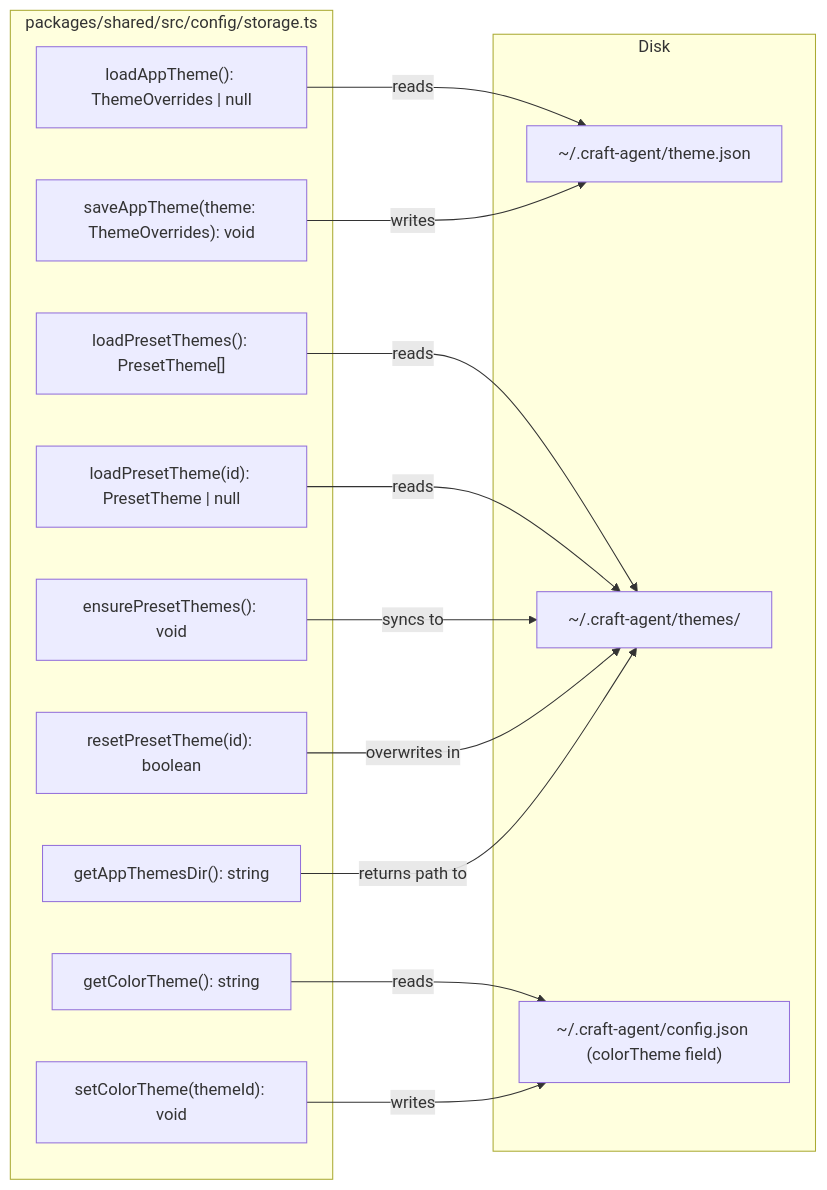
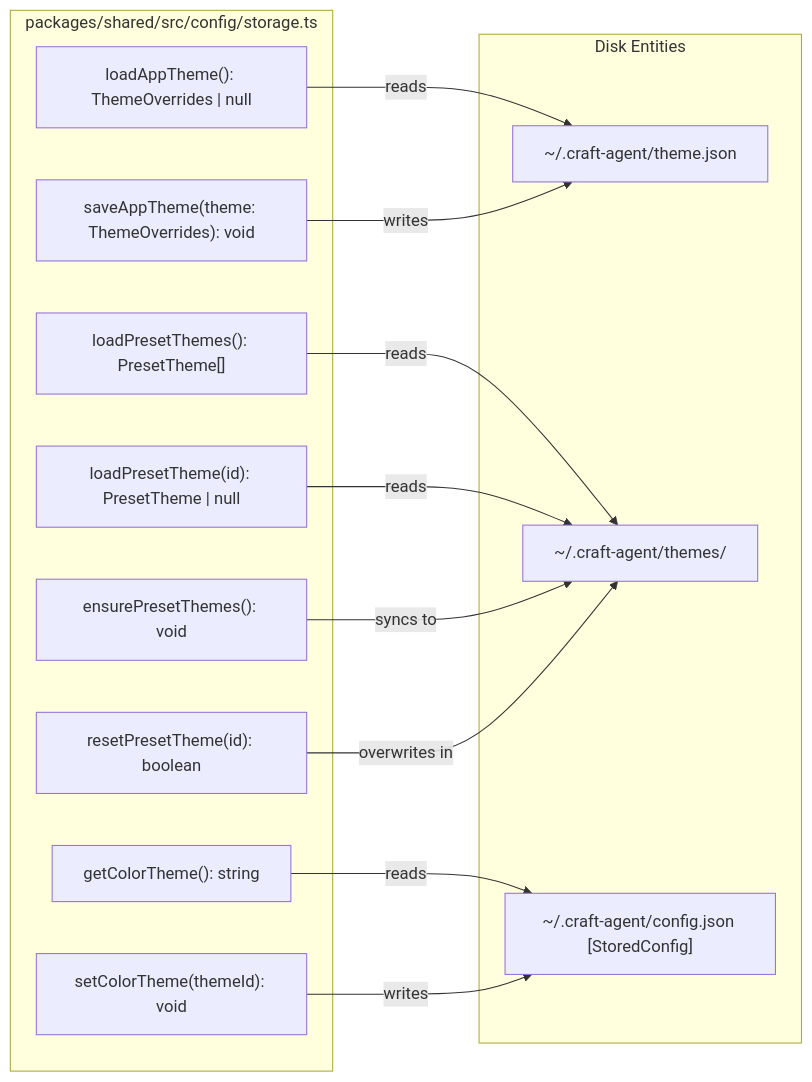
The third of 3 diagrams in docs/lukilabs_craft-agents-oss/core-concepts/theme-system.md (blackcater/zentree), drawn with Mermaid before and after one commit. The commit also changed other lines of this file and 232 other files, not shown here.

````diff
--- a/docs/lukilabs_craft-agents-oss/core-concepts/theme-system.md
+++ b/docs/lukilabs_craft-agents-oss/core-concepts/theme-system.md
@@ -152,30 +146,28 @@
 ```mermaid
 graph LR
     subgraph "packages/shared/src/config/storage.ts"
         loadAppTheme["loadAppTheme(): ThemeOverrides | null"]
         saveAppTheme["saveAppTheme(theme: ThemeOverrides): void"]
         loadPresetThemes["loadPresetThemes(): PresetTheme[]"]
         loadPresetTheme["loadPresetTheme(id): PresetTheme | null"]
         ensurePresetThemes["ensurePresetThemes(): void"]
         resetPresetTheme["resetPresetTheme(id): boolean"]
         getColorTheme["getColorTheme(): string"]
         setColorTheme["setColorTheme(themeId): void"]
-        getAppThemesDir["getAppThemesDir(): string"]
     end
 
-    subgraph "Disk"
+    subgraph "Disk Entities"
         APP_THEME_FILE["~/.craft-agent/theme.json"]
         APP_THEMES_DIR["~/.craft-agent/themes/"]
-        configJSON["~/.craft-agent/config.json (colorTheme field)"]
+        configJSON["~/.craft-agent/config.json [StoredConfig]"]
     end
 
     loadAppTheme -->|"reads"| APP_THEME_FILE
     saveAppTheme -->|"writes"| APP_THEME_FILE
     loadPresetThemes -->|"reads"| APP_THEMES_DIR
     loadPresetTheme -->|"reads"| APP_THEMES_DIR
     ensurePresetThemes -->|"syncs to"| APP_THEMES_DIR
     resetPresetTheme -->|"overwrites in"| APP_THEMES_DIR
     getColorTheme -->|"reads"| configJSON
     setColorTheme -->|"writes"| configJSON
-    getAppThemesDir -->|"returns path to"| APP_THEMES_DIR
 ```
````
